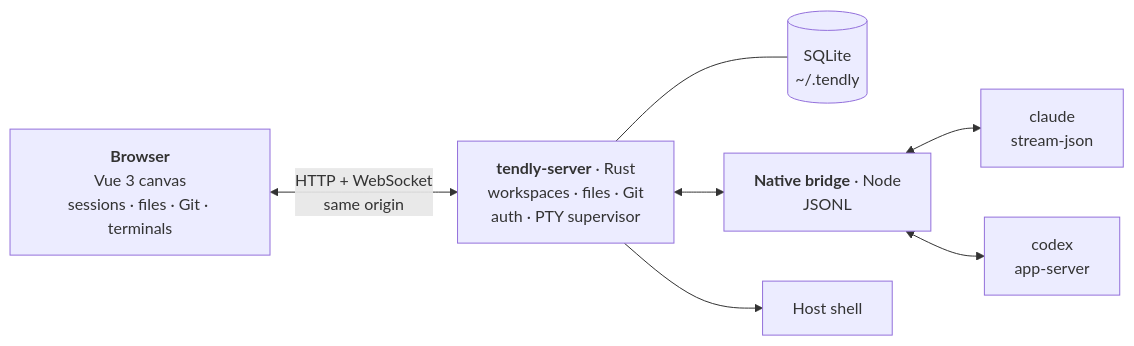
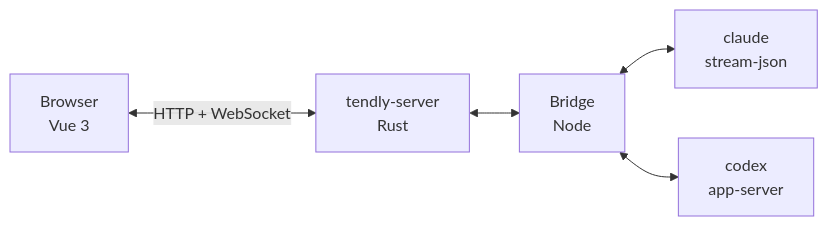
Before and after one commit to wnzzer/tendly: the diagram in README.md, drawn with Mermaid. The commit also changed other lines of this file and 5 other files, not shown here.

````diff
--- a/README.md
+++ b/README.md
@@ -181,17 +105,7 @@
 ```mermaid
 flowchart LR
-  browser["<b>Browser</b><br/>Vue 3 canvas<br/>sessions · files · Git · terminals"]
-  server["<b>tendly-server</b> · Rust<br/>workspaces · files · Git<br/>auth · PTY supervisor"]
-  db[("SQLite<br/>~/.tendly")]
-  bridge["<b>Native bridge</b> · Node<br/>JSONL"]
-  claude["claude<br/>stream-json"]
-  codex["codex<br/>app-server"]
-  shell["Host shell"]
-
-  browser <-- "HTTP + WebSocket<br/>same origin" --> server
-  server --- db
-  server --> shell
-  server <--> bridge
-  bridge <--> claude
-  bridge <--> codex
+  browser["Browser<br/>Vue 3"] <-- "HTTP + WebSocket" --> server["tendly-server<br/>Rust"]
+  server <--> bridge["Bridge<br/>Node"]
+  bridge <--> claude["claude<br/>stream-json"]
+  bridge <--> codex["codex<br/>app-server"]
 ```
````
